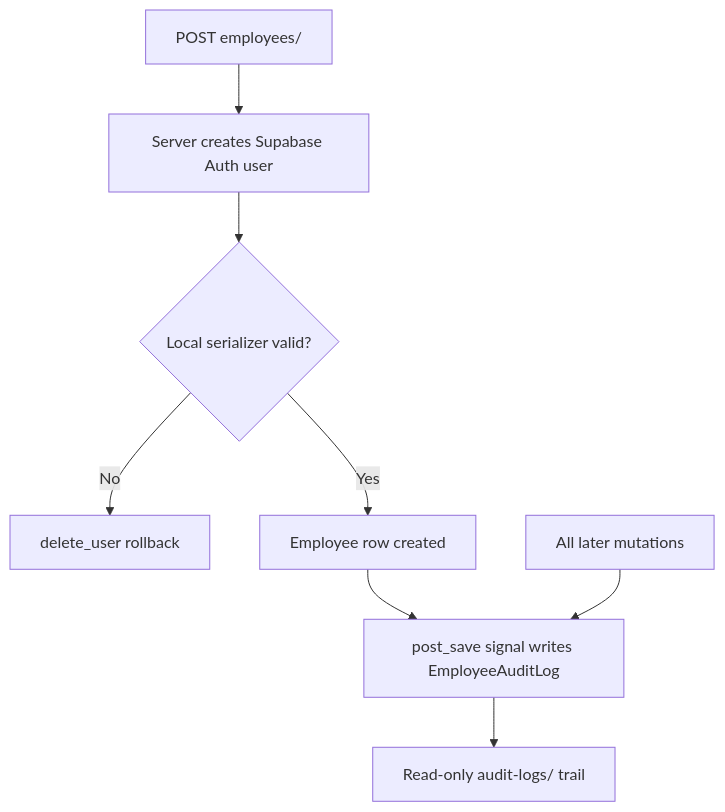
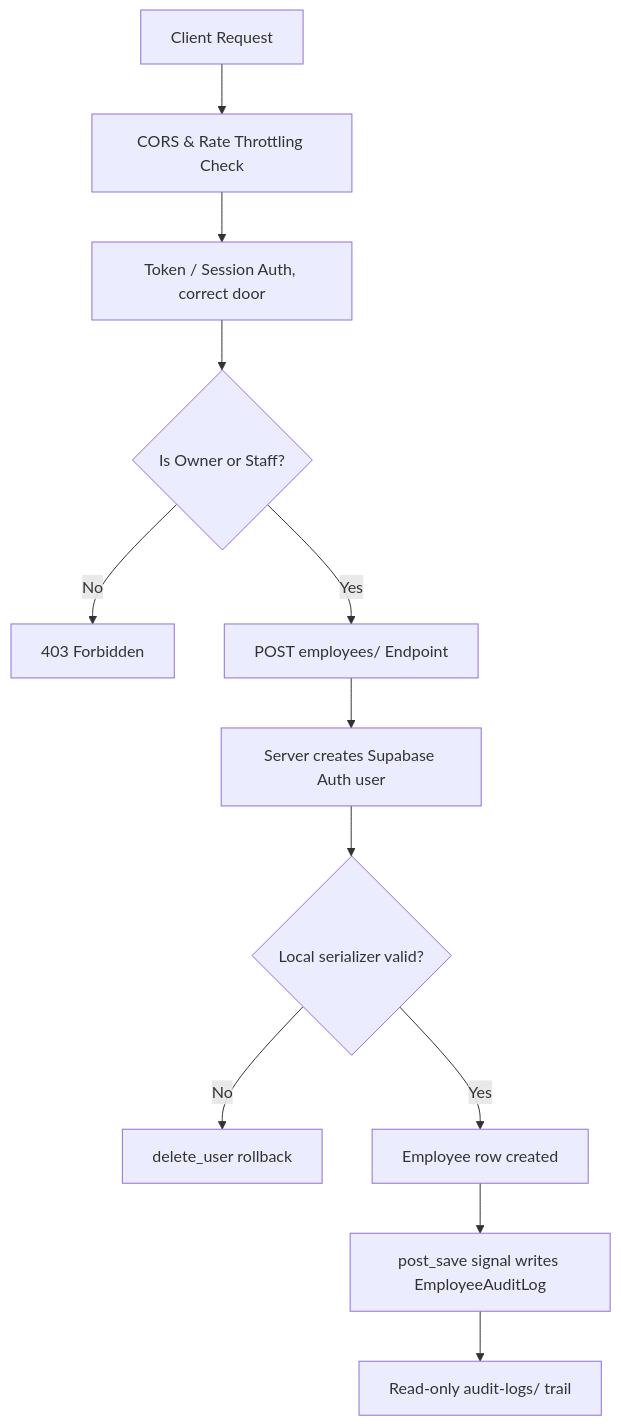
Before and after one commit to kc4el/kumon-ems-: the fourth of 5 diagrams in docs/chapter3/CHAPTER3.md, drawn with Mermaid. The commit also changed other lines of this file and 9 other files, not shown here.

Commit message:
docs: add Chapter 3 documentation on research design, system architecture, and project setup files

````diff
--- a/docs/chapter3/CHAPTER3.md
+++ b/docs/chapter3/CHAPTER3.md
@@ -112,10 +143,14 @@
 ```mermaid
 flowchart TD
-    A[POST employees/] --> B[Server creates Supabase Auth user]
-    B --> C{Local serializer valid?}
-    C -- No --> D[delete_user rollback]
-    C -- Yes --> E[Employee row created]
-    E --> F[post_save signal writes EmployeeAuditLog]
-    G[All later mutations] --> F
-    F --> H[Read-only audit-logs/ trail]
+    A[Client Request] --> B[CORS & Rate Throttling Check]
+    B --> C[Token / Session Auth, correct door]
+    C --> D{Is Owner or Staff?}
+    D -- No --> E[403 Forbidden]
+    D -- Yes --> F[POST employees/ Endpoint]
+    F --> G[Server creates Supabase Auth user]
+    G --> H{Local serializer valid?}
+    H -- No --> I[delete_user rollback]
+    H -- Yes --> J[Employee row created]
+    J --> K[post_save signal writes EmployeeAuditLog]
+    K --> L[Read-only audit-logs/ trail]
 ```
````
